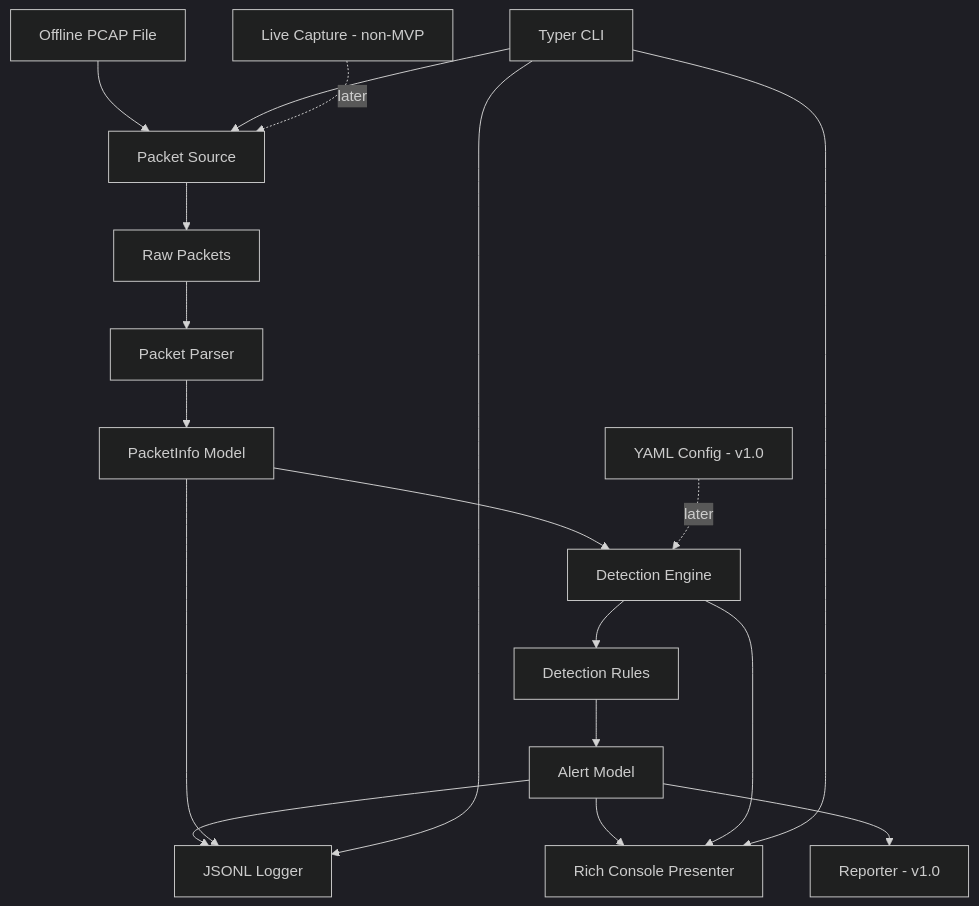
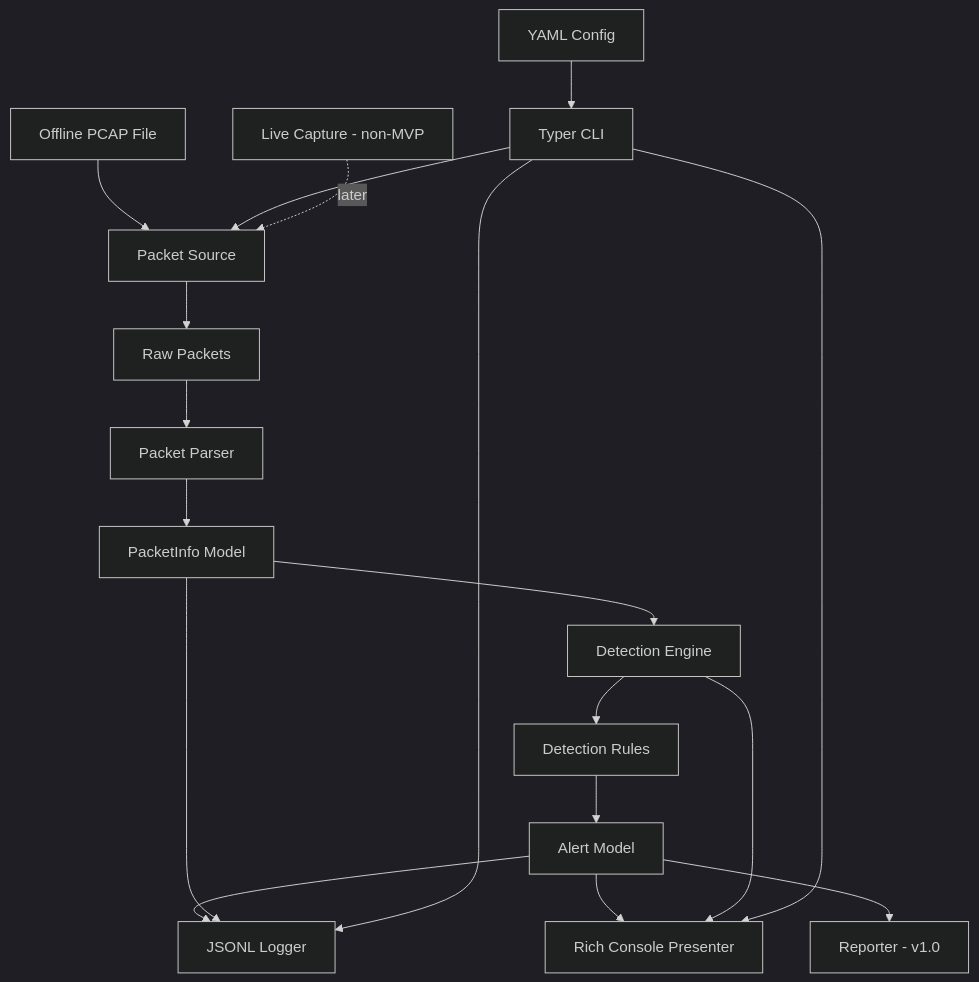
One commit to alopes0905/mini-ids-network-monitor changed the diagram in docs/architecture.md. Above: the diagram before and after it, drawn with Mermaid (dark theme). The commit also changed other lines of this file and 8 other files, not shown here.

````diff
--- a/docs/architecture.md
+++ b/docs/architecture.md
@@ -250,21 +257,21 @@
 ```mermaid
 flowchart TD
     A[Offline PCAP File] --> B[Packet Source]
     B --> C[Raw Packets]
     C --> D[Packet Parser]
     D --> E[PacketInfo Model]
     E --> F[Detection Engine]
     F --> G[Detection Rules]
     G --> H[Alert Model]
     H --> I[JSONL Logger]
     E --> I
     H --> J[Rich Console Presenter]
     F --> J
     H --> K[Reporter - v1.0]
     N[Typer CLI] --> B
     N --> I
     N --> J
+    M[YAML Config] --> N
 
     L[Live Capture - non-MVP] -. later .-> B
-    M[YAML Config - v1.0] -. later .-> F
 ```
````
